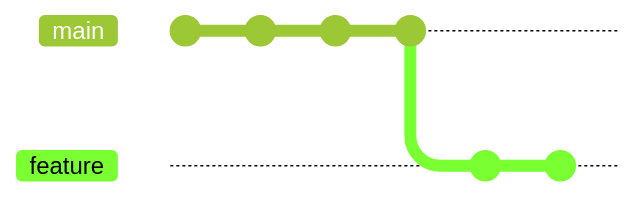
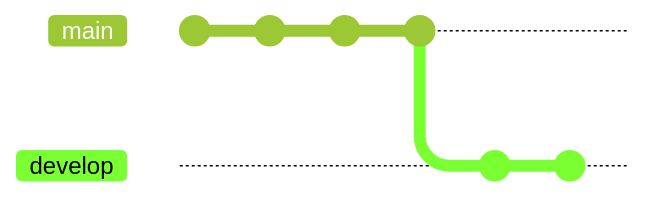
The second of 2 diagrams in 07-Jenkins/Day-02-GitHub-Integration-and-Webhooks/Git-Merge-vs-Rebase.md (SIVAGORAM/devops-zero-to-hero), drawn with Mermaid (forest theme) before and after one commit. The commit also changed other lines of this file, not shown here. Commit ids are hidden.

````diff
--- a/07-Jenkins/Day-02-GitHub-Integration-and-Webhooks/Git-Merge-vs-Rebase.md
+++ b/07-Jenkins/Day-02-GitHub-Integration-and-Webhooks/Git-Merge-vs-Rebase.md
@@ -57,11 +73,11 @@
 ```mermaid
 gitGraph
-    commit
-    commit
-    commit id: "New Main 1"
-    commit id: "New Main 2"
-    branch feature
-    checkout feature
-    commit id: "Feature 1 (Rebased)"
-    commit id: "Feature 2 (Rebased)"
+    commit id: "c1"
+    commit id: "c2"
+    commit id: "c3"
+    commit id: "c4 (New on Master)"
+    branch develop
+    checkout develop
+    commit id: "d1' (Rebased)"
+    commit id: "d2' (Rebased)"
 ```
````
